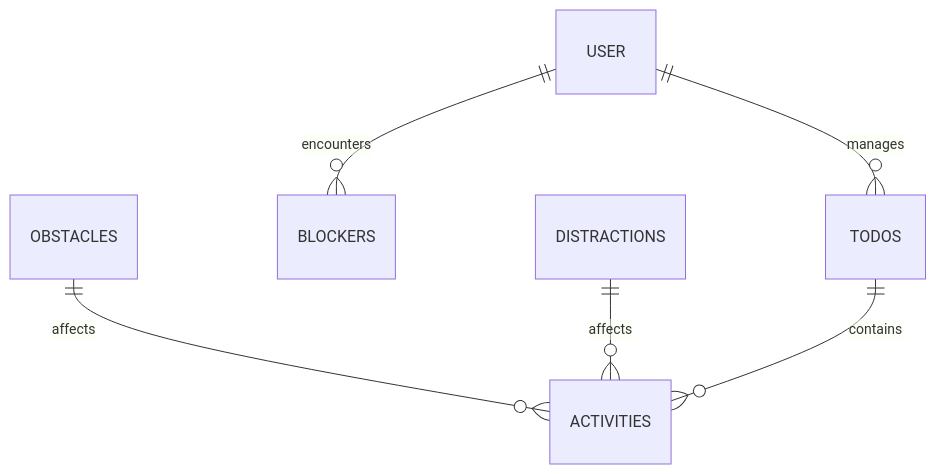
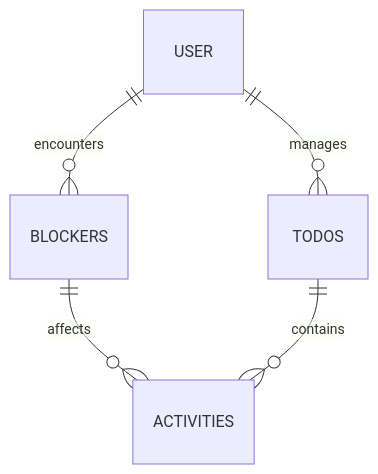
One commit to erinhana/scatter changed the first of 2 diagrams in README.md. Above: the diagram before and after it, drawn with Mermaid.

````diff
--- a/README.md
+++ b/README.md
@@ -43,10 +43,9 @@
 ```mermaid
 %%{init: {'theme':'default'}}%%
 erDiagram
    
     USER ||--o{ TODOS : manages
     USER ||--o{ BLOCKERS : "encounters"
-    OBSTACLES ||--o{ACTIVITIES : "affects"
-    DISTRACTIONS ||--o{ACTIVITIES : "affects"
+    BLOCKERS ||--o{ACTIVITIES : "affects"
     TODOS ||--o{ACTIVITIES : "contains"
 ```
````
